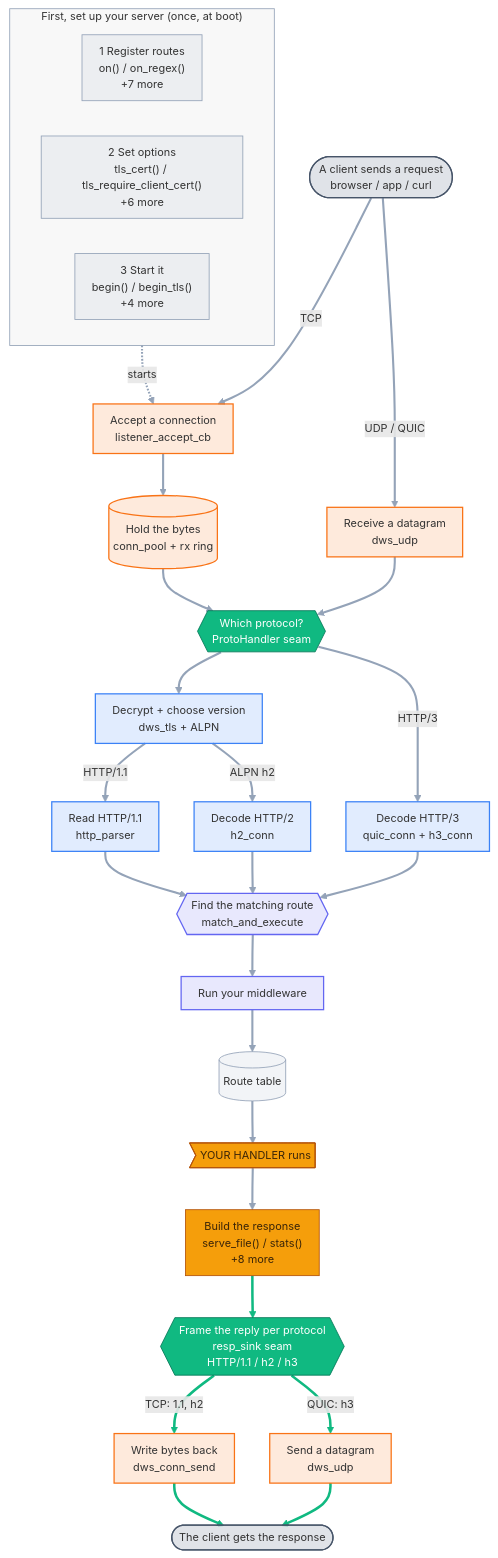
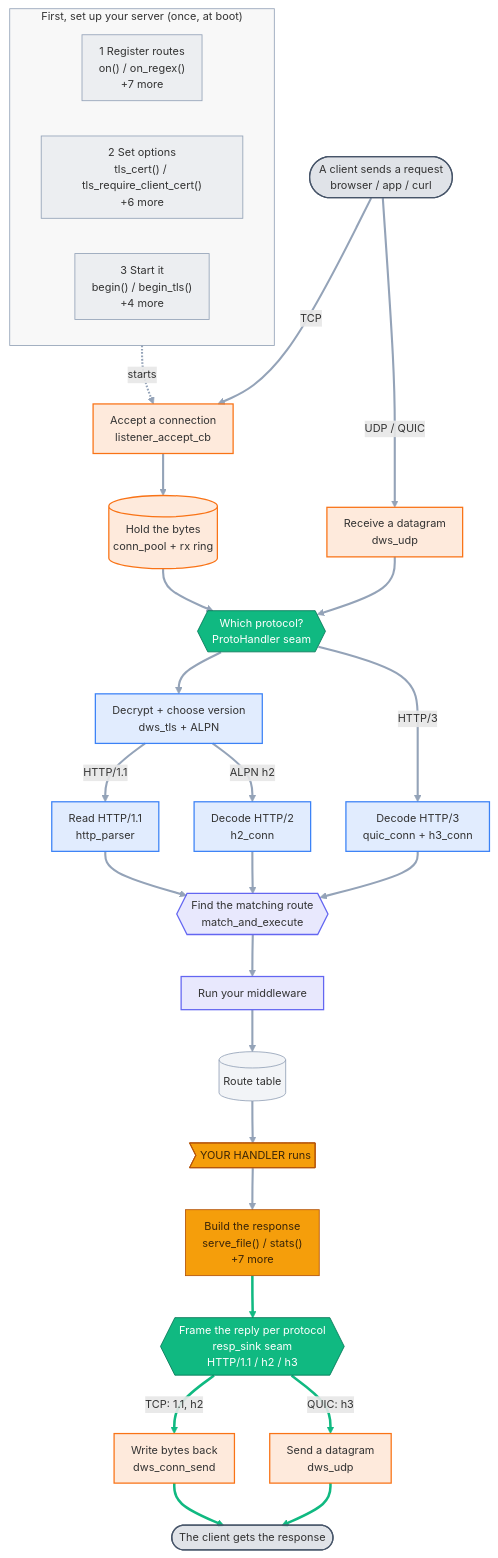
The diagram in docs/diagrams/api_flow.mmd (dstroy0/DeterministicESPAsyncWebServer), drawn with Mermaid before and after one commit. The commit also changed 8 other files, not shown here.

```diff
--- a/docs/diagrams/api_flow.mmd
+++ b/docs/diagrams/api_flow.mmd
@@ -1,69 +1,69 @@
 %%{init: {'themeVariables':{'fontFamily':'ui-sans-serif,system-ui,Segoe UI,Roboto,sans-serif','fontSize':'13px','lineColor':'#94a3b8'},'flowchart':{'curve':'basis','nodeSpacing':42,'rankSpacing':50,'padding':10,'useMaxWidth':true}}}%%
 flowchart TB
   %% Auto-generated from the public API, proto_builtins.cpp, and presentation/ on disk.
   subgraph SETUP["First, set up your server (once, at boot)"]
     direction LR
     reg["1 Register routes<br/>on() / on_regex()<br/>+7 more"]
     cfg["2 Set options<br/>tls_cert() / tls_require_client_cert()<br/>+6 more"]
     run["3 Start it<br/>begin() / begin_tls()<br/>+4 more"]
   end
 
   cin(["A client sends a request<br/>browser / app / curl"])
   listen["Accept a connection<br/>listener_accept_cb"]
   ring[("Hold the bytes<br/>conn_pool + rx ring")]
   udprx["Receive a datagram<br/>dws_udp"]
   seam{{"Which protocol?<br/>ProtoHandler seam<br/>"}}
   tls["Decrypt + choose version<br/>dws_tls + ALPN"]
   parser["Read HTTP/1.1<br/>http_parser"]
   h2["Decode HTTP/2<br/>h2_conn"]
   h3["Decode HTTP/3<br/>quic_conn + h3_conn"]
   mae{{"Find the matching route<br/>match_and_execute"}}
   mw["Run your middleware"]
   routes[("Route table")]
   handler>"YOUR HANDLER runs"]
-  resp["Build the response<br/>serve_file() / stats()<br/>+8 more"]
+  resp["Build the response<br/>serve_file() / stats()<br/>+7 more"]
   sink{{"Frame the reply per protocol<br/>resp_sink seam<br/>HTTP/1.1 / h2 / h3"}}
   consend["Write bytes back<br/>dws_conn_send"]
   udptx["Send a datagram<br/>dws_udp"]
   cout(["The client gets the response"])
 
   run -.->|starts| listen
   cin ==>|TCP| listen
   listen --> ring
   ring --> seam
   cin ==>|UDP / QUIC| udprx
   udprx --> seam
   seam --> tls
   tls -->|HTTP/1.1| parser
   tls -->|ALPN h2| h2
   seam -->|HTTP/3| h3
   parser --> mae
   h2 --> mae
   h3 --> mae
   mae --> mw
   mw --> routes
   routes --> handler
   handler --> resp
   resp --> sink
   sink -->|TCP: 1.1, h2| consend
   sink -->|QUIC: h3| udptx
   consend ==> cout
   udptx ==> cout
 
   class cin,cout ext;
   class reg,cfg,run,routes setup;
   class listen,ring,udprx,udptx,consend l4;
   class seam,sink seam;
   class tls,parser,h2,h3 l6;
   class mae,mw l7;
   class handler,resp you;
   classDef ext fill:#64748b33,stroke:#475569,stroke-width:1.5px;
   classDef setup fill:#94a3b81f,stroke:#94a3b8;
   classDef l4 fill:#f9731626,stroke:#f97316,stroke-width:1.5px;
   classDef seam fill:#10b981,stroke:#047857,color:#ffffff;
   classDef l6 fill:#3b82f626,stroke:#3b82f6,stroke-width:1.5px;
   classDef l7 fill:#6366f126,stroke:#6366f1,stroke-width:1.5px;
   classDef you fill:#f59e0b,stroke:#b45309,color:#3b2508;
   style SETUP fill:#8888880f,stroke:#94a3b8,stroke-width:1px;
   linkStyle default stroke-width:2.5px;
   linkStyle 17,18,19,20,21 stroke:#10b981,stroke-width:3px;
```
